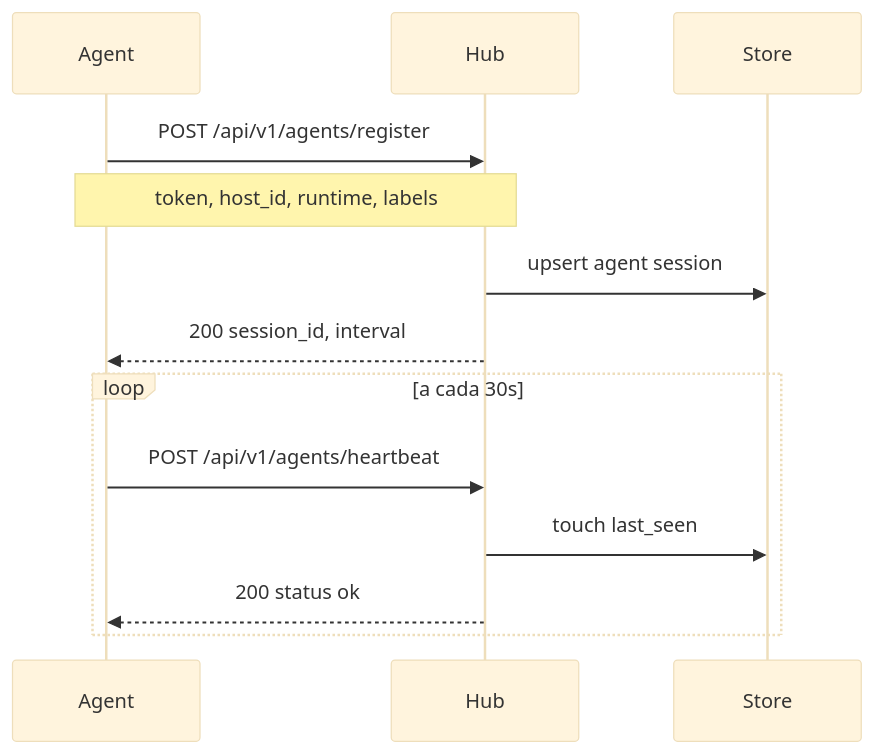
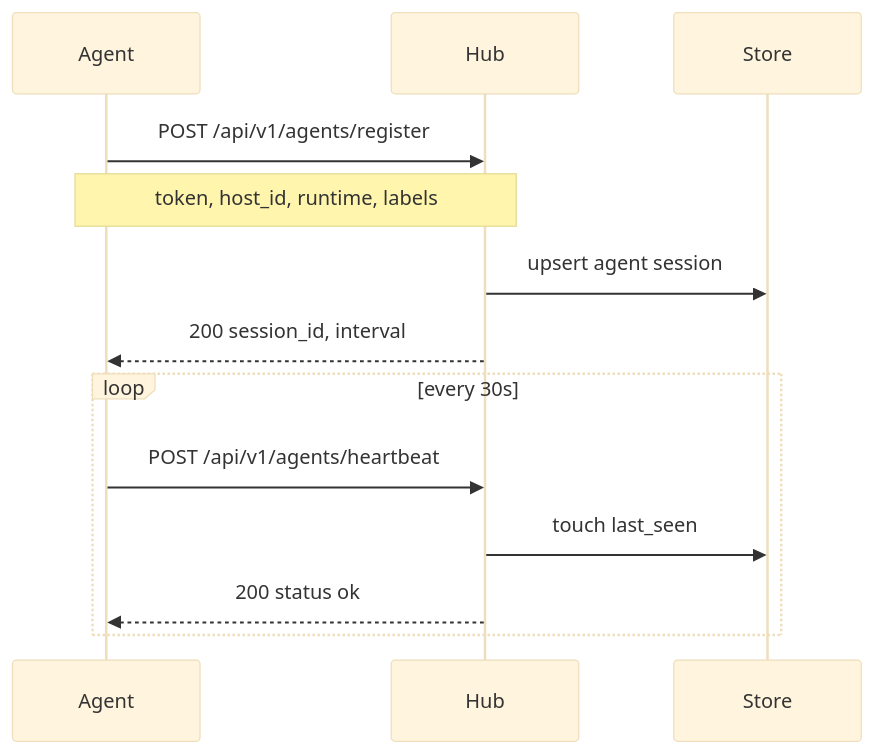
Before and after one commit to HarryRaddatz/argus-observability: the first of 2 diagrams in docs/flows/agent-connection.md, drawn with Mermaid (base theme). The commit also changed other lines of this file and 89 other files, not shown here.

````diff
--- a/docs/flows/agent-connection.md
+++ b/docs/flows/agent-connection.md
@@ -7,17 +7,17 @@
 ```mermaid
 sequenceDiagram
   participant Agent
   participant Hub
   participant Store
 
   Agent->>Hub: POST /api/v1/agents/register
   Note over Agent,Hub: token, host_id, runtime, labels
   Hub->>Store: upsert agent session
   Hub-->>Agent: 200 session_id, interval
 
-  loop a cada 30s
+  loop every 30s
     Agent->>Hub: POST /api/v1/agents/heartbeat
     Hub->>Store: touch last_seen
     Hub-->>Agent: 200 status ok
   end
 ```
````
